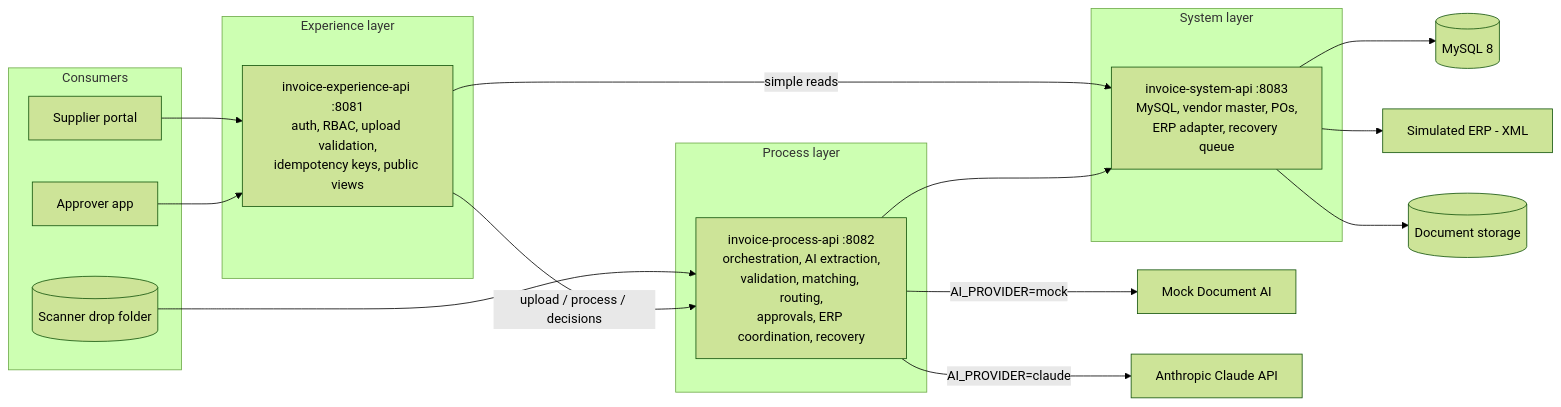
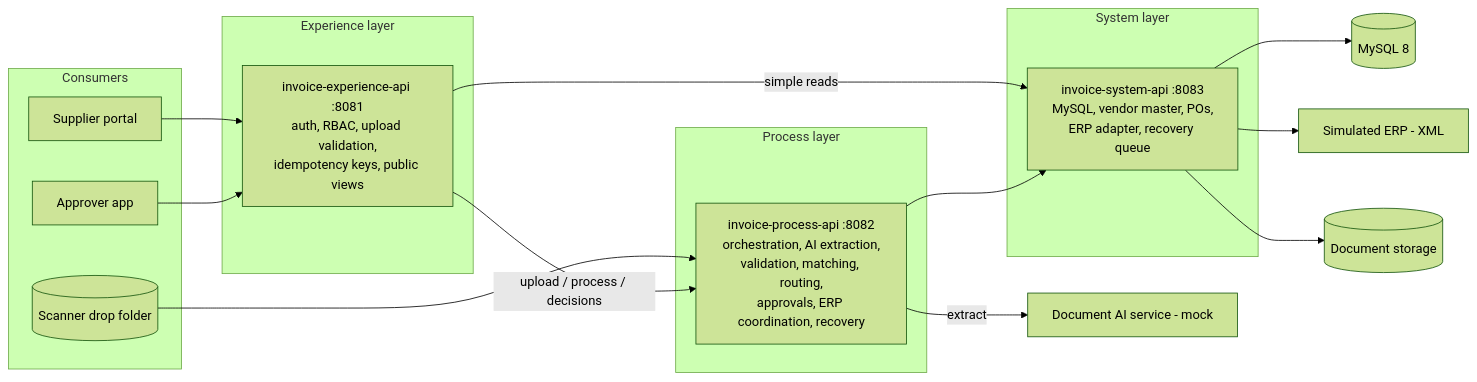
The first of 3 diagrams in docs/ARCHITECTURE.md (sahasra24/ai-invoice-processing-mulesoft), drawn with Mermaid (forest theme) before and after one commit. The commit also changed other lines of this file and 26 other files, not shown here.

First line of the commit message:
Use the built-in document AI service as the only extraction provider

````diff
--- a/docs/ARCHITECTURE.md
+++ b/docs/ARCHITECTURE.md
@@ -7,34 +7,32 @@
 ```mermaid
 flowchart LR
     subgraph Consumers
         SP[Supplier portal]
         AA[Approver app]
         DF[(Scanner drop folder)]
     end
     subgraph Experience["Experience layer"]
         XAPI["invoice-experience-api :8081<br/>auth, RBAC, upload validation,<br/>idempotency keys, public views"]
     end
     subgraph Process["Process layer"]
         PAPI["invoice-process-api :8082<br/>orchestration, AI extraction,<br/>validation, matching, routing,<br/>approvals, ERP coordination, recovery"]
     end
     subgraph System["System layer"]
         SAPI["invoice-system-api :8083<br/>MySQL, vendor master, POs,<br/>ERP adapter, recovery queue"]
     end
-    AI1[Mock Document AI]
-    AI2[Anthropic Claude API]
+    AI1[Document AI service - mock]
     DB[(MySQL 8)]
     ERP[Simulated ERP - XML]
     FS[(Document storage)]
 
     SP --> XAPI
     AA --> XAPI
     DF --> PAPI
     XAPI -->|upload / process / decisions| PAPI
     XAPI -->|simple reads| SAPI
     PAPI --> SAPI
-    PAPI -->|AI_PROVIDER=mock| AI1
-    PAPI -->|AI_PROVIDER=claude| AI2
+    PAPI -->|extract| AI1
     SAPI --> DB
     SAPI --> ERP
     SAPI --> FS
 ```
````
